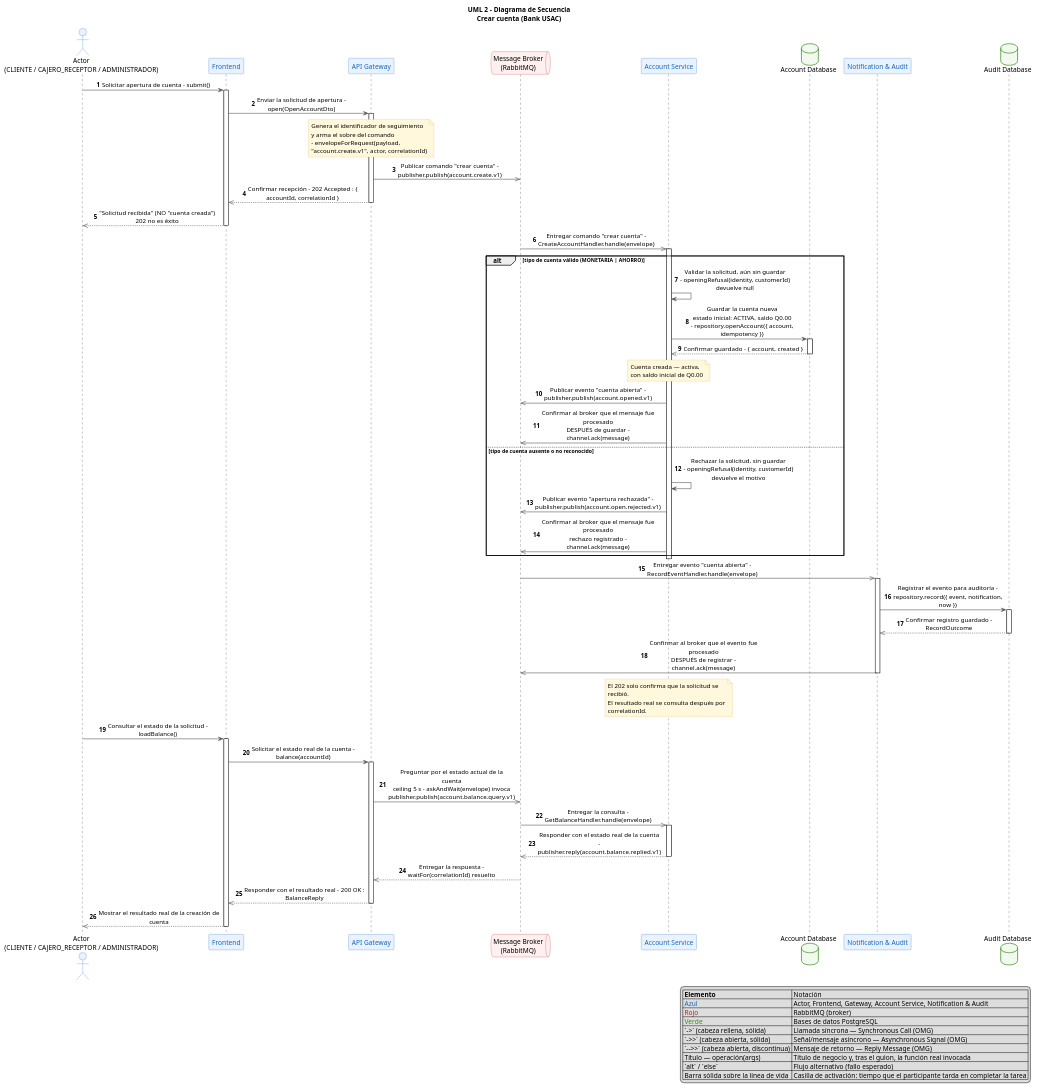
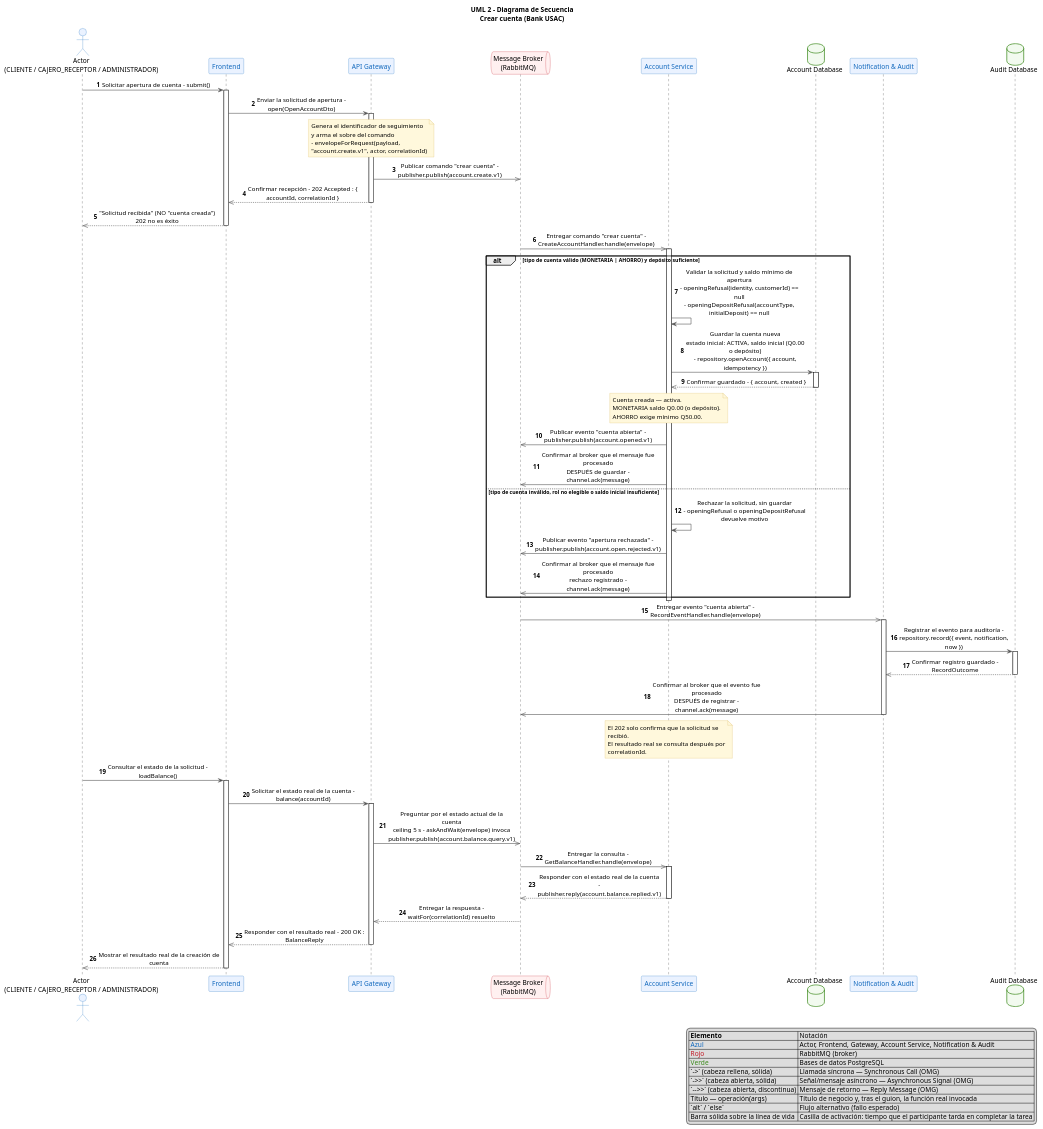
One commit to marcosbondel/Proyecto-SA-B-2 changed the diagram in docs/architecture/diagrams/06-uml-secuencia-crear-cuenta.puml. Above: the diagram before and after it, drawn with PlantUML. The commit also changed 18 other files, not shown here.

Commit message:
docs: add architecture and use case diagrams in PlantUML and PNG formats

```diff
--- a/docs/architecture/diagrams/06-uml-secuencia-crear-cuenta.puml
+++ b/docs/architecture/diagrams/06-uml-secuencia-crear-cuenta.puml
@@ -1,132 +1,133 @@
   @startuml
   ' Bank USAC - UML 2 Sequence Diagram - Crear cuenta
   ' Caso de uso 2 (docs/domain/use-cases.md).
   ' Notacion UML 2 nativa (OMG, Sequence Diagram §17.4.4 / §17.11 Message): la
   ' etiqueta de cada mensaje lleva unicamente el nombre de la operacion/senal
   ' invocada (y sus argumentos), nunca el protocolo ni la sincronia. Esas dos
   ' cosas se leen en la firma grafica de la flecha:
   '   ->   cabeza rellena, linea solida  -> llamada sincrona (Synchronous Call)
   '   ->>  cabeza abierta,  linea solida  -> envio de senal/mensaje asincrono
   '                                          (Asynchronous Signal)
   '   -->> cabeza abierta,  linea discontinua -> mensaje de retorno (Reply Message)
   ' Cada mensaje trae ademas un titulo para stakeholders (la accion de negocio
   ' que representa) seguido, tras un guion, del nombre real de la funcion que la
   ' realiza en el codigo — verificado contra el repositorio, no inventado.
   ' Las casillas de activacion (activate/deactivate) muestran cuanto tiempo
   ' mantiene cada participante una tarea en curso.
 
   title UML 2 - Diagrama de Secuencia\nCrear cuenta (Bank USAC)
 
   skinparam shadowing false
   skinparam defaultFontName "Segoe UI"
   skinparam ArrowColor #555555
   skinparam ArrowThickness 1.2
   skinparam sequenceMessageAlign center
   skinparam maxMessageSize 260
   skinparam wrapWidth 260
   skinparam noteBackgroundColor #FFF8DC
   skinparam noteBorderColor #D6B656
   skinparam ParticipantBorderColor #1168BD
   skinparam ParticipantBackgroundColor #EAF2FF
   skinparam ParticipantFontColor #1168BD
   skinparam ActorBorderColor #1168BD
   skinparam ActorBackgroundColor #EAF2FF
   skinparam QueueBorderColor #C11926
   skinparam QueueBackgroundColor #FFF0F0
   skinparam DatabaseBorderColor #398819
   skinparam DatabaseBackgroundColor #F2FAEF
   skinparam LifeLineBorderColor #1168BD
   skinparam ActivationBorderColor #1168BD
   skinparam ActivationBackgroundColor #C6DBF7
 
   legend right
       |= Elemento | Notación |
       | <color:#1168BD>Azul</color> | Actor, Frontend, Gateway, Account Service, Notification & Audit |
       | <color:#C11926>Rojo</color> | RabbitMQ (broker) |
       | <color:#398819>Verde</color> | Bases de datos PostgreSQL |
       | `->` (cabeza rellena, sólida) | Llamada síncrona — Synchronous Call (OMG) |
       | `->>` (cabeza abierta, sólida) | Señal/mensaje asíncrono — Asynchronous Signal (OMG) |
       | `-->>` (cabeza abierta, discontinua) | Mensaje de retorno — Reply Message (OMG) |
       | Título — operación(args) | Título de negocio y, tras el guion, la función real invocada |
       | `alt` / `else` | Flujo alternativo (fallo esperado) |
       | Barra sólida sobre la línea de vida | Casilla de activación: tiempo que el participante tarda en completar la tarea |
   endlegend
 
   actor "Actor\n(CLIENTE / CAJERO_RECEPTOR / ADMINISTRADOR)" as Actor
   participant "Frontend" as Frontend
   participant "API Gateway" as Gateway
   queue "Message Broker\n(RabbitMQ)" as Broker
   participant "Account Service" as Account
   database "Account Database" as AccountDB
   participant "Notification & Audit" as Notif
   database "Audit Database" as AuditDB
 
   autonumber
 
   Actor -> Frontend : Solicitar apertura de cuenta - submit()
   activate Frontend
   Frontend -> Gateway : Enviar la solicitud de apertura - open(OpenAccountDto)
   activate Gateway
   note over Gateway
     Genera el identificador de seguimiento
     y arma el sobre del comando
     - envelopeForRequest(payload, "account.create.v1", actor, correlationId)
   end note
 
   Gateway ->> Broker : Publicar comando "crear cuenta" - publisher.publish(account.create.v1)
   Gateway -->> Frontend : Confirmar recepción - 202 Accepted : { accountId, correlationId }
   deactivate Gateway
   Frontend -->> Actor : "Solicitud recibida" (NO "cuenta creada")\n202 no es éxito
   deactivate Frontend
 
   Broker ->> Account : Entregar comando "crear cuenta" - CreateAccountHandler.handle(envelope)
   activate Account
 
-  alt tipo de cuenta válido (MONETARIA | AHORRO)
-      Account -> Account : Validar la solicitud, aún sin guardar\n- openingRefusal(identity, customerId) devuelve null
-      Account -> AccountDB : Guardar la cuenta nueva\nestado inicial: ACTIVA, saldo Q0.00\n- repository.openAccount({ account, idempotency })
+  alt tipo de cuenta válido (MONETARIA | AHORRO) y depósito suficiente
+      Account -> Account : Validar la solicitud y saldo mínimo de apertura\n- openingRefusal(identity, customerId) == null\n- openingDepositRefusal(accountType, initialDeposit) == null
+      Account -> AccountDB : Guardar la cuenta nueva\nestado inicial: ACTIVA, saldo inicial (Q0.00 o depósito)\n- repository.openAccount({ account, idempotency })
       activate AccountDB
       AccountDB -->> Account : Confirmar guardado - { account, created }
       deactivate AccountDB
       note over Account
-        Cuenta creada — activa,
-        con saldo inicial de Q0.00
+        Cuenta creada — activa.
+        MONETARIA saldo Q0.00 (o depósito).
+        AHORRO exige mínimo Q50.00.
       end note
       Account ->> Broker : Publicar evento "cuenta abierta" - publisher.publish(account.opened.v1)
       Account ->> Broker : Confirmar al broker que el mensaje fue procesado\nDESPUÉS de guardar - channel.ack(message)
-  else tipo de cuenta ausente o no reconocido
-      Account -> Account : Rechazar la solicitud, sin guardar\n- openingRefusal(identity, customerId) devuelve el motivo
+  else tipo de cuenta inválido, rol no elegible o saldo inicial insuficiente
+      Account -> Account : Rechazar la solicitud, sin guardar\n- openingRefusal o openingDepositRefusal devuelve motivo
       Account ->> Broker : Publicar evento "apertura rechazada" - publisher.publish(account.open.rejected.v1)
       Account ->> Broker : Confirmar al broker que el mensaje fue procesado\nrechazo registrado - channel.ack(message)
   end
   deactivate Account
 
   Broker ->> Notif : Entregar evento "cuenta abierta" - RecordEventHandler.handle(envelope)
   activate Notif
   Notif -> AuditDB : Registrar el evento para auditoría - repository.record({ event, notification, now })
   activate AuditDB
   AuditDB -->> Notif : Confirmar registro guardado - RecordOutcome
   deactivate AuditDB
   Notif ->> Broker : Confirmar al broker que el evento fue procesado\nDESPUÉS de registrar - channel.ack(message)
   deactivate Notif
 
   note over Account
     El 202 solo confirma que la solicitud se recibió.
     El resultado real se consulta después por correlationId.
   end note
 
   Actor -> Frontend : Consultar el estado de la solicitud - loadBalance()
   activate Frontend
   Frontend -> Gateway : Solicitar el estado real de la cuenta - balance(accountId)
   activate Gateway
   Gateway ->> Broker : Preguntar por el estado actual de la cuenta\nceiling 5 s - askAndWait(envelope) invoca publisher.publish(account.balance.query.v1)
   Broker ->> Account : Entregar la consulta - GetBalanceHandler.handle(envelope)
   activate Account
   Account -->> Broker : Responder con el estado real de la cuenta - publisher.reply(account.balance.replied.v1)
   deactivate Account
   Broker -->> Gateway : Entregar la respuesta - waitFor(correlationId) resuelto
   Gateway -->> Frontend : Responder con el resultado real - 200 OK : BalanceReply
   deactivate Gateway
   Frontend -->> Actor : Mostrar el resultado real de la creación de cuenta
   deactivate Frontend
   @enduml
```
